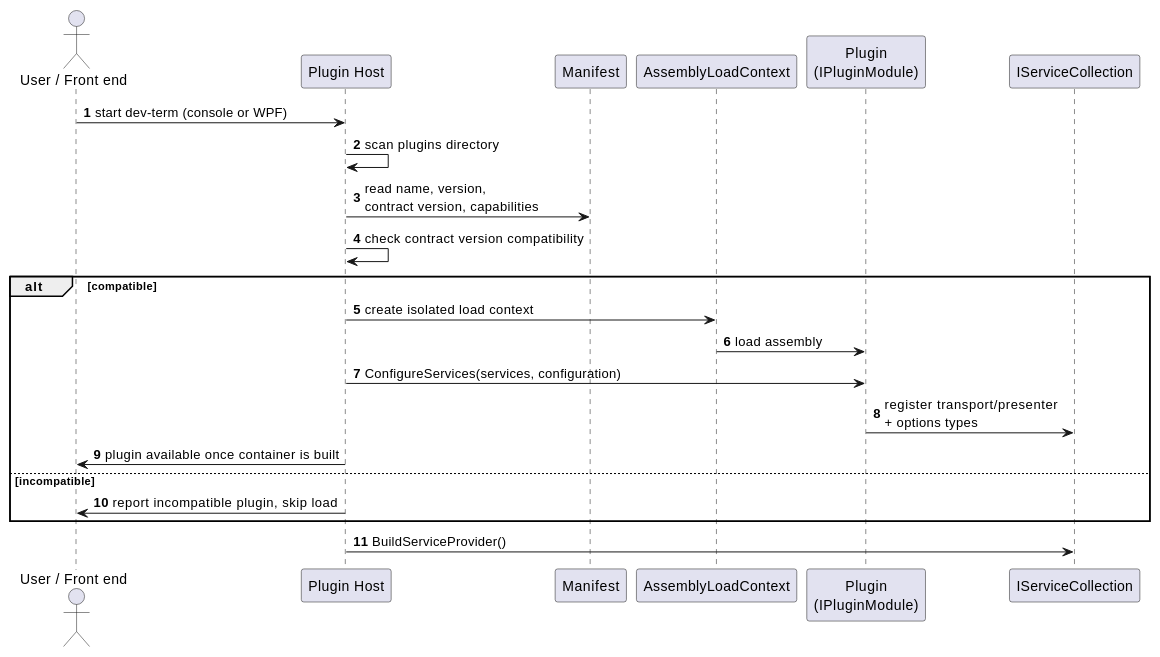
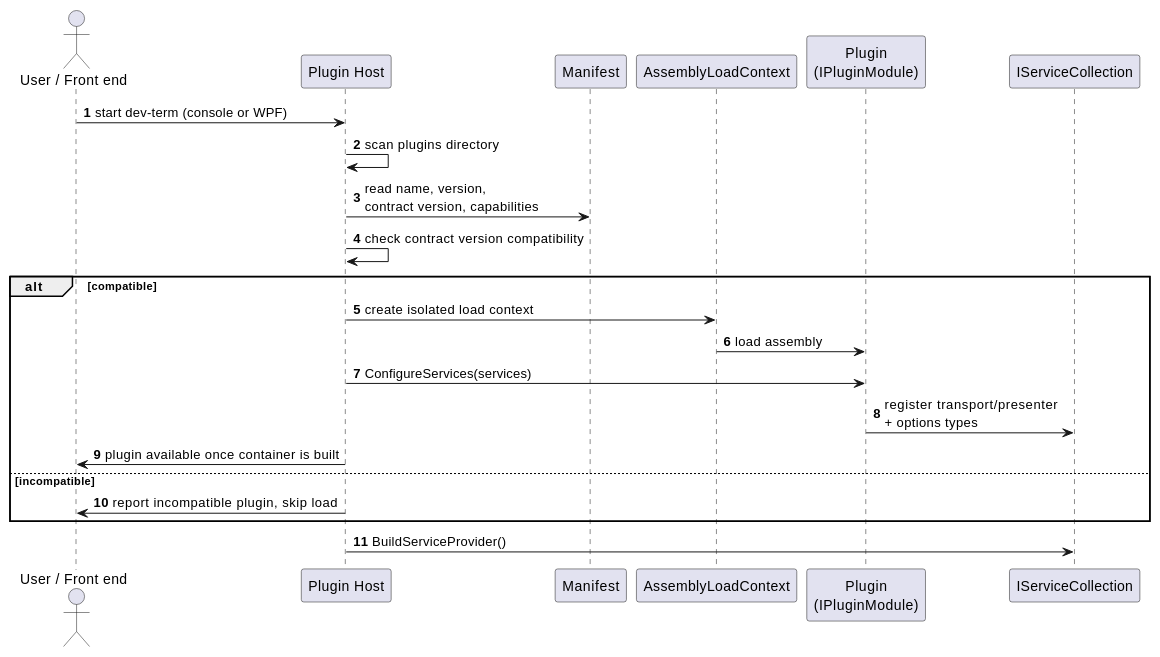
The first of 2 diagrams in docs/design/plugin-model.md (OutOfBandDevelopment/dev-term), drawn with PlantUML before and after one commit. The commit also changed other lines of this file and 40 other files, not shown here.

````diff
--- a/docs/design/plugin-model.md
+++ b/docs/design/plugin-model.md
@@ -22,28 +22,28 @@
 ```plantuml
 @startuml
 autonumber
 actor "User / Front end" as User
 participant "Plugin Host" as Host
 participant "Manifest" as Manifest
 participant "AssemblyLoadContext" as ALC
 participant "Plugin\n(IPluginModule)" as Plugin
 participant "IServiceCollection" as Services
 
 User -> Host: start dev-term (console or WPF)
 Host -> Host: scan plugins directory
 Host -> Manifest: read name, version,\ncontract version, capabilities
 Host -> Host: check contract version compatibility
 
 alt compatible
   Host -> ALC: create isolated load context
   ALC -> Plugin: load assembly
-  Host -> Plugin: ConfigureServices(services, configuration)
+  Host -> Plugin: ConfigureServices(services)
   Plugin -> Services: register transport/presenter\n+ options types
   Host -> User: plugin available once container is built
 else incompatible
   Host -> User: report incompatible plugin, skip load
 end
 
 Host -> Services: BuildServiceProvider()
 @enduml
 ```
````
